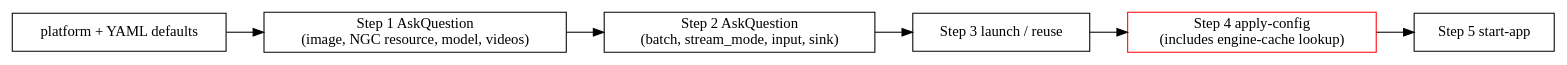
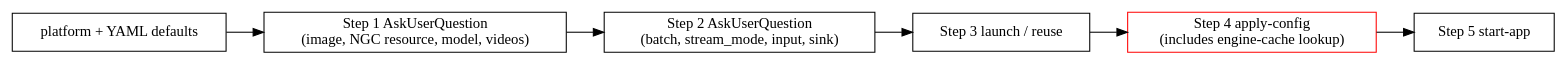
The diagram in skills/vss-deploy-detection-tracking-2d/references/deploy-vss-detection-tracking-2d.md (NVIDIA-AI-Blueprints/video-search-and-summarization), drawn with Graphviz before and after one commit. The commit also changed other lines of this file and 13 other files, not shown here.

````diff
--- a/skills/vss-deploy-detection-tracking-2d/references/deploy-vss-detection-tracking-2d.md
+++ b/skills/vss-deploy-detection-tracking-2d/references/deploy-vss-detection-tracking-2d.md
@@ -169,17 +169,17 @@
 ```dot
 digraph step_order {
     rankdir=LR;
     "platform + YAML defaults" [shape=box];
-    "Step 1 AskQuestion\n(image, NGC resource, model, videos)" [shape=box];
-    "Step 2 AskQuestion\n(batch, stream_mode, input, sink)" [shape=box];
+    "Step 1 AskUserQuestion\n(image, NGC resource, model, videos)" [shape=box];
+    "Step 2 AskUserQuestion\n(batch, stream_mode, input, sink)" [shape=box];
     "Step 3 launch / reuse" [shape=box];
     "Step 4 apply-config\n(includes engine-cache lookup)" [shape=box, color=red];
     "Step 5 start-app" [shape=box];
 
-    "platform + YAML defaults" -> "Step 1 AskQuestion\n(image, NGC resource, model, videos)";
-    "Step 1 AskQuestion\n(image, NGC resource, model, videos)" -> "Step 2 AskQuestion\n(batch, stream_mode, input, sink)";
-    "Step 2 AskQuestion\n(batch, stream_mode, input, sink)" -> "Step 3 launch / reuse";
+    "platform + YAML defaults" -> "Step 1 AskUserQuestion\n(image, NGC resource, model, videos)";
+    "Step 1 AskUserQuestion\n(image, NGC resource, model, videos)" -> "Step 2 AskUserQuestion\n(batch, stream_mode, input, sink)";
+    "Step 2 AskUserQuestion\n(batch, stream_mode, input, sink)" -> "Step 3 launch / reuse";
     "Step 3 launch / reuse" -> "Step 4 apply-config\n(includes engine-cache lookup)";
     "Step 4 apply-config\n(includes engine-cache lookup)" -> "Step 5 start-app";
 }
 ```
````
